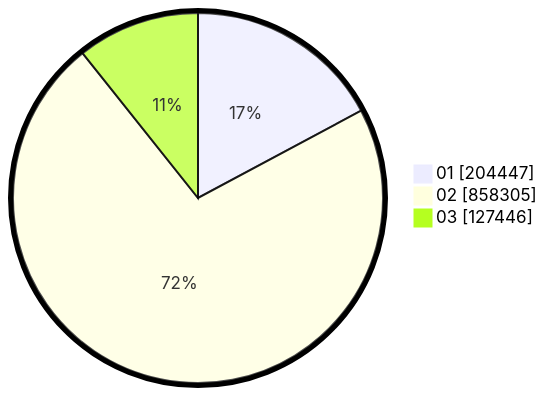
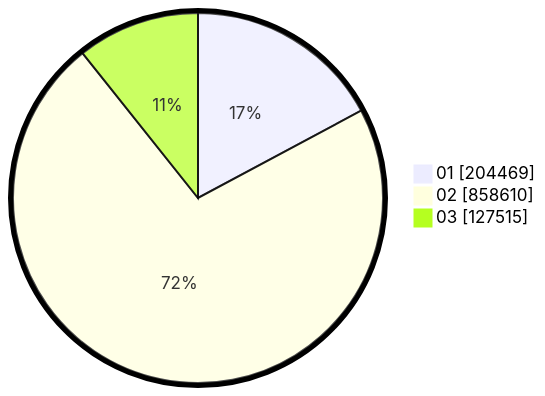
Before and after one commit to gigit-pemilu/pemilu-2024: the second of 2 diagrams in pilpres/hitung-suara/sub/table-wilayah-62.md, drawn with Mermaid. The commit also changed other lines of this file and 6 other files, not shown here.

````diff
--- a/pilpres/hitung-suara/sub/table-wilayah-62.md
+++ b/pilpres/hitung-suara/sub/table-wilayah-62.md
@@ -15,7 +15,7 @@
 ```mermaid
 %%{init: {"pie": {"textPosition": 0.5}, "themeVariables": {"pieOuterStrokeWidth": "5px"}} }%%
 pie showData
-    "01" : 204447
-    "02" : 858305
-    "03" : 127446
+    "01" : 204469
+    "02" : 858610
+    "03" : 127515
 ```
````
